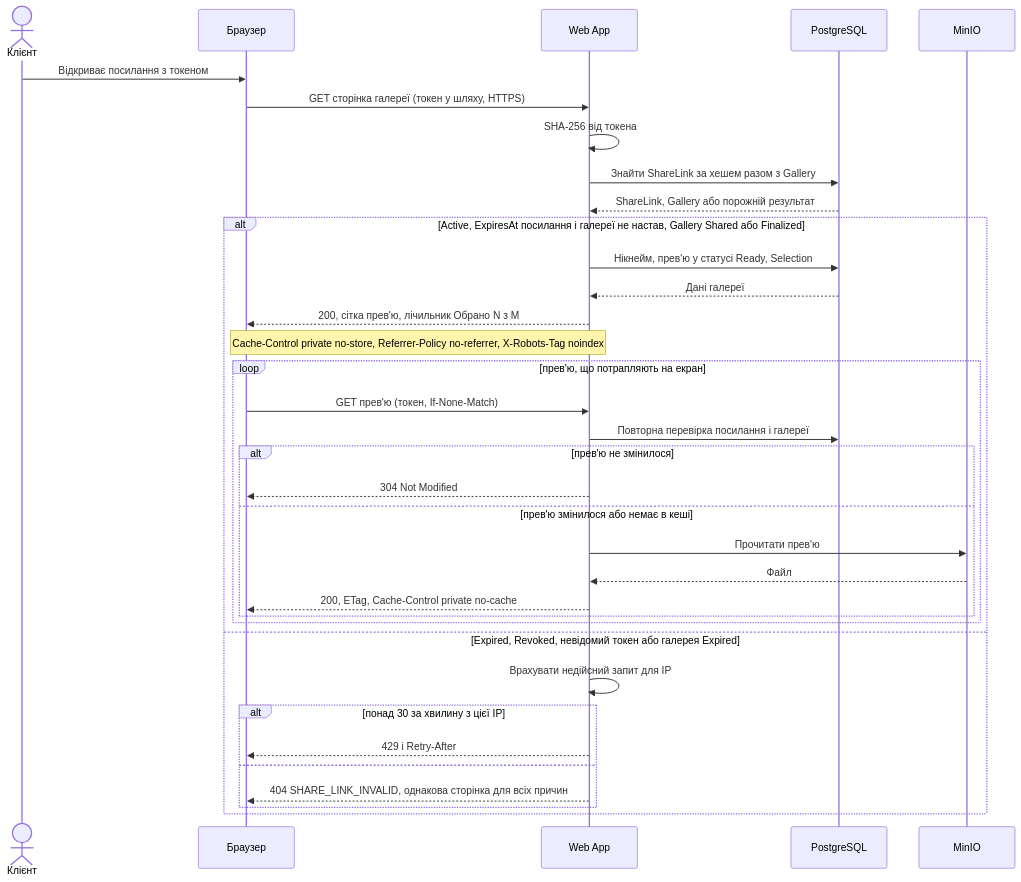
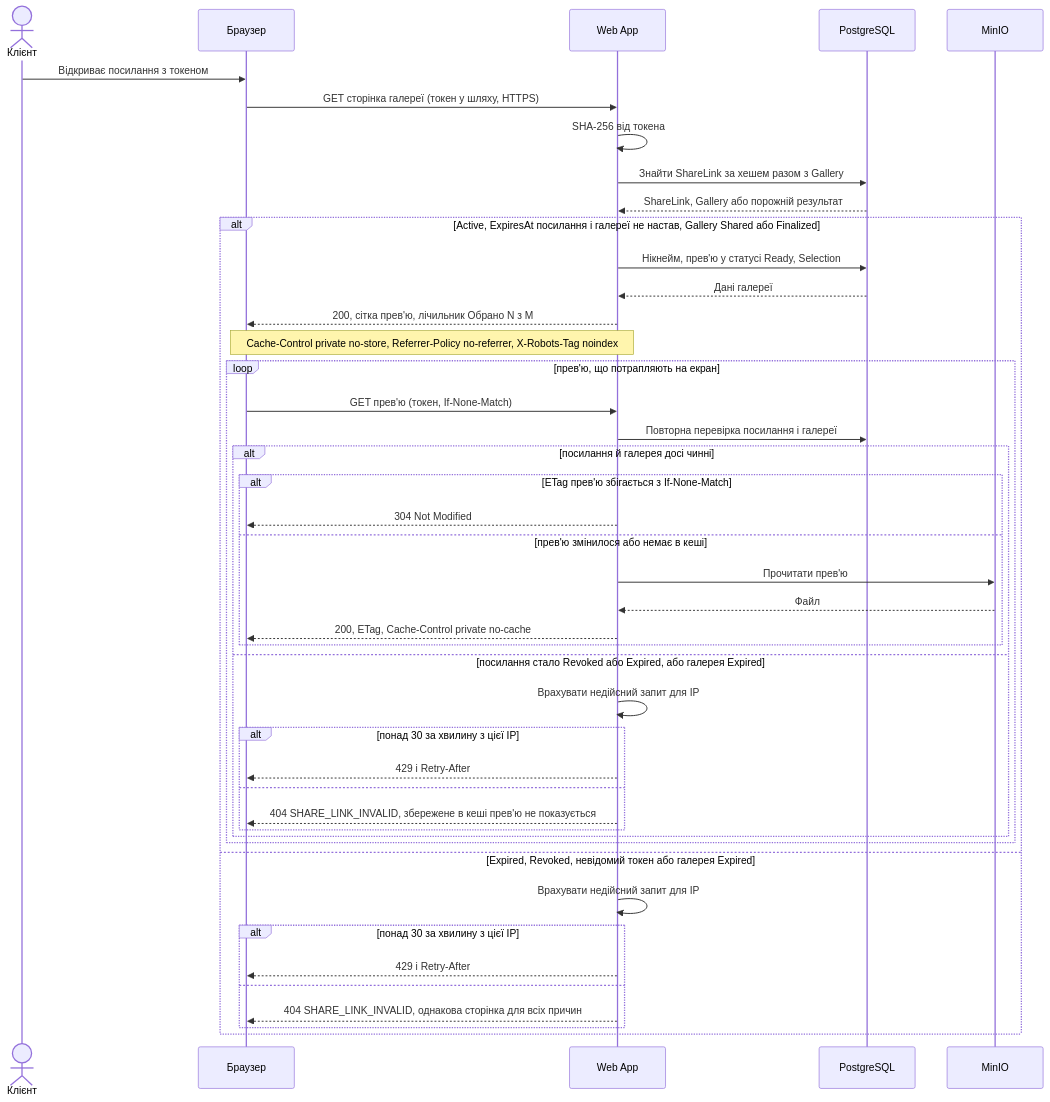
The second of 2 diagrams in docs/03-srs/identity.md (alonasaienko/picpick), drawn with Mermaid before and after one commit. The commit also changed other lines of this file, not shown here.

Commit message:
fix pr comments

````diff
--- a/docs/03-srs/identity.md
+++ b/docs/03-srs/identity.md
@@ -194,39 +194,48 @@
 ```mermaid
 sequenceDiagram
     actor C as Клієнт
     participant B as Браузер
     participant W as Web App
     participant P as PostgreSQL
     participant M as MinIO
-
+ 
     C->>B: Відкриває посилання з токеном
     B->>W: GET сторінка галереї (токен у шляху, HTTPS)
     W->>W: SHA-256 від токена
     W->>P: Знайти ShareLink за хешем разом з Gallery
     P-->>W: ShareLink, Gallery або порожній результат
-
+ 
     alt Active, ExpiresAt посилання і галереї не настав, Gallery Shared або Finalized
         W->>P: Нікнейм, прев'ю у статусі Ready, Selection
         P-->>W: Дані галереї
         W-->>B: 200, сітка прев'ю, лічильник Обрано N з M
         Note over W,B: Cache-Control private no-store, Referrer-Policy no-referrer, X-Robots-Tag noindex
         loop прев'ю, що потрапляють на екран
             B->>W: GET прев'ю (токен, If-None-Match)
             W->>P: Повторна перевірка посилання і галереї
-            alt прев'ю не змінилося
-                W-->>B: 304 Not Modified
-            else прев'ю змінилося або немає в кеші
-                W->>M: Прочитати прев'ю
-                M-->>W: Файл
-                W-->>B: 200, ETag, Cache-Control private no-cache
+            alt посилання й галерея досі чинні
+                alt ETag прев'ю збігається з If-None-Match
+                    W-->>B: 304 Not Modified
+                else прев'ю змінилося або немає в кеші
+                    W->>M: Прочитати прев'ю
+                    M-->>W: Файл
+                    W-->>B: 200, ETag, Cache-Control private no-cache
+                end
+            else посилання стало Revoked або Expired, або галерея Expired
+                W->>W: Врахувати недійсний запит для IP
+                alt понад 30 за хвилину з цієї IP
+                    W-->>B: 429 і Retry-After
+                else
+                    W-->>B: 404 SHARE_LINK_INVALID, збережене в кеші прев'ю не показується
+                end
             end
         end
     else Expired, Revoked, невідомий токен або галерея Expired
         W->>W: Врахувати недійсний запит для IP
         alt понад 30 за хвилину з цієї IP
             W-->>B: 429 і Retry-After
         else
             W-->>B: 404 SHARE_LINK_INVALID, однакова сторінка для всіх причин
         end
     end
 ```
````
